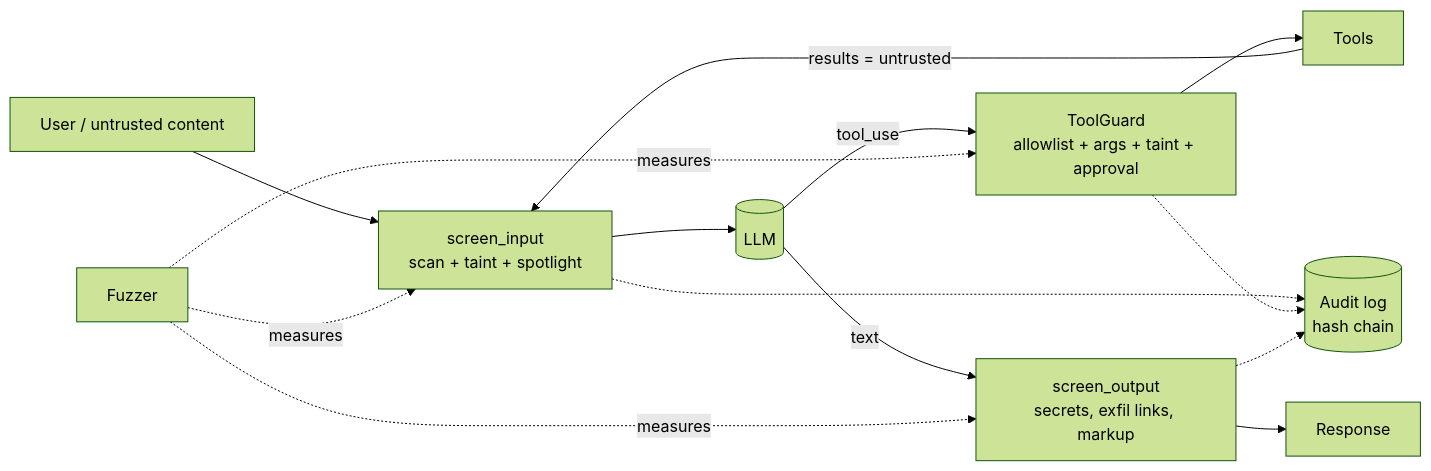
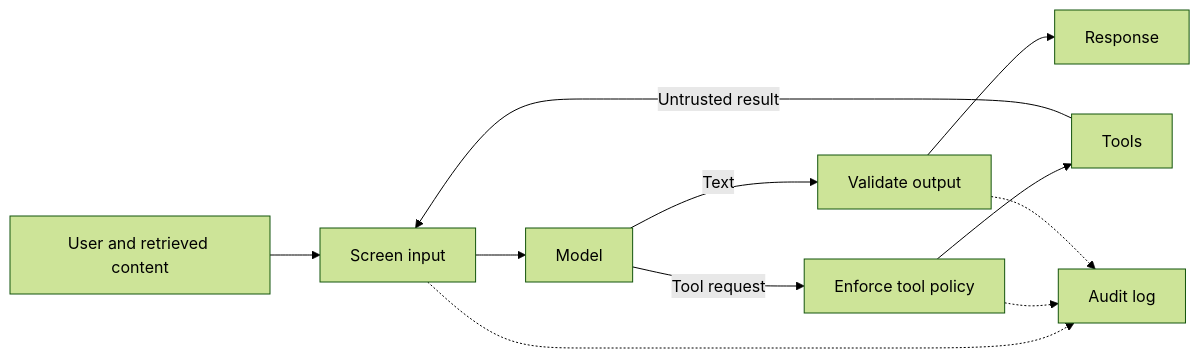
Before and after one commit to DustyStudy/ai-agent-security-toolkit: the diagram in README.md, drawn with Mermaid (forest theme). The commit also changed other lines of this file and 3 other files, not shown here.

````diff
--- a/README.md
+++ b/README.md
@@ -20,14 +54,13 @@
 ```mermaid
 flowchart LR
-  U[User / untrusted content] --> S[screen_input<br/>scan + taint + spotlight]
-  S --> M[(LLM)]
-  M -->|tool_use| G[ToolGuard<br/>allowlist + args + taint + approval]
+  U[User and retrieved content] --> S[Screen input]
+  S --> M[Model]
+  M -->|Tool request| G[Enforce tool policy]
   G --> T[Tools]
-  T -->|results = untrusted| S
-  M -->|text| O[screen_output<br/>secrets, exfil links, markup]
+  T -->|Untrusted result| S
+  M -->|Text| O[Validate output]
   O --> R[Response]
-  S -.-> A[(Audit log<br/>hash chain)]
+  S -.-> A[Audit log]
   G -.-> A
   O -.-> A
-  F[Fuzzer] -. measures .-> S & G & O
 ```
````
